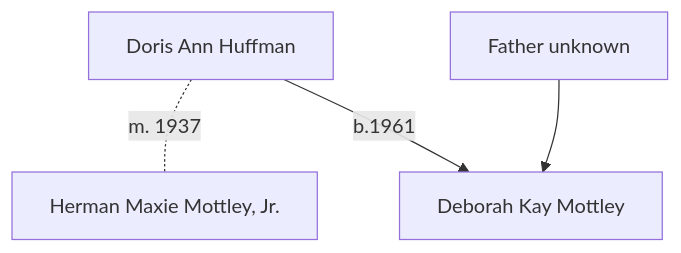
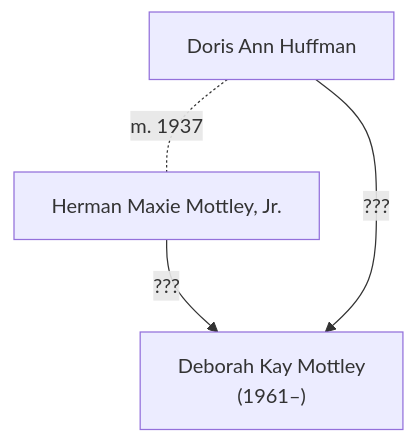
The diagram in docs/people/mottley_deborah.md (Black-Star-Institute/blackstar.github.io), drawn with Mermaid before and after one commit. The commit also changed other lines of this file and 1 other file, not shown here.

Commit message:
the plot thickens

````diff
--- a/docs/people/mottley_deborah.md
+++ b/docs/people/mottley_deborah.md
@@ -22,6 +22,6 @@
 ```mermaid
 graph TD;
+  herman -- "???" --> deborah
   doris -. "m. 1937" .- herman[Herman Maxie Mottley, Jr.]
-  dad[Father unknown] --> deborah
-  doris[Doris Ann Huffman] -- "b.1961" --> deborah[Deborah Kay Mottley]
+  doris[Doris Ann Huffman] -- "???" --> deborah["Deborah Kay Mottley\n(1961&ndash;)"]
 ```
````
